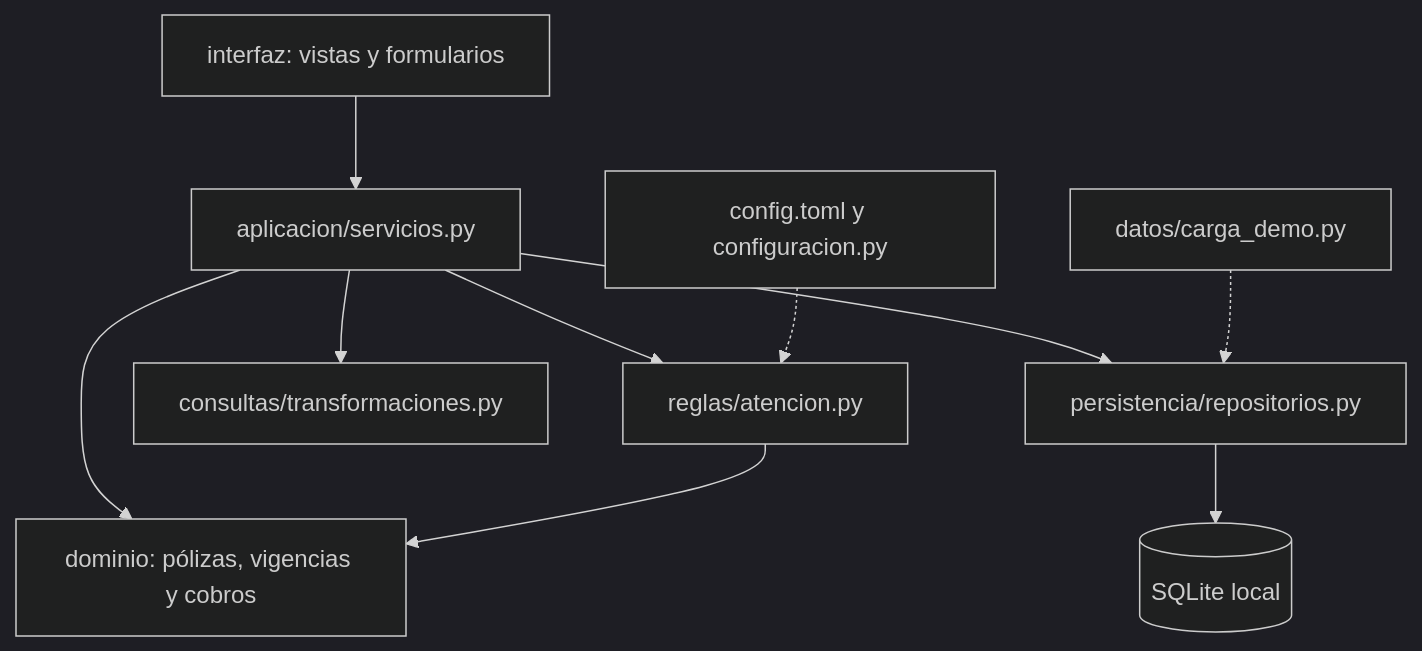
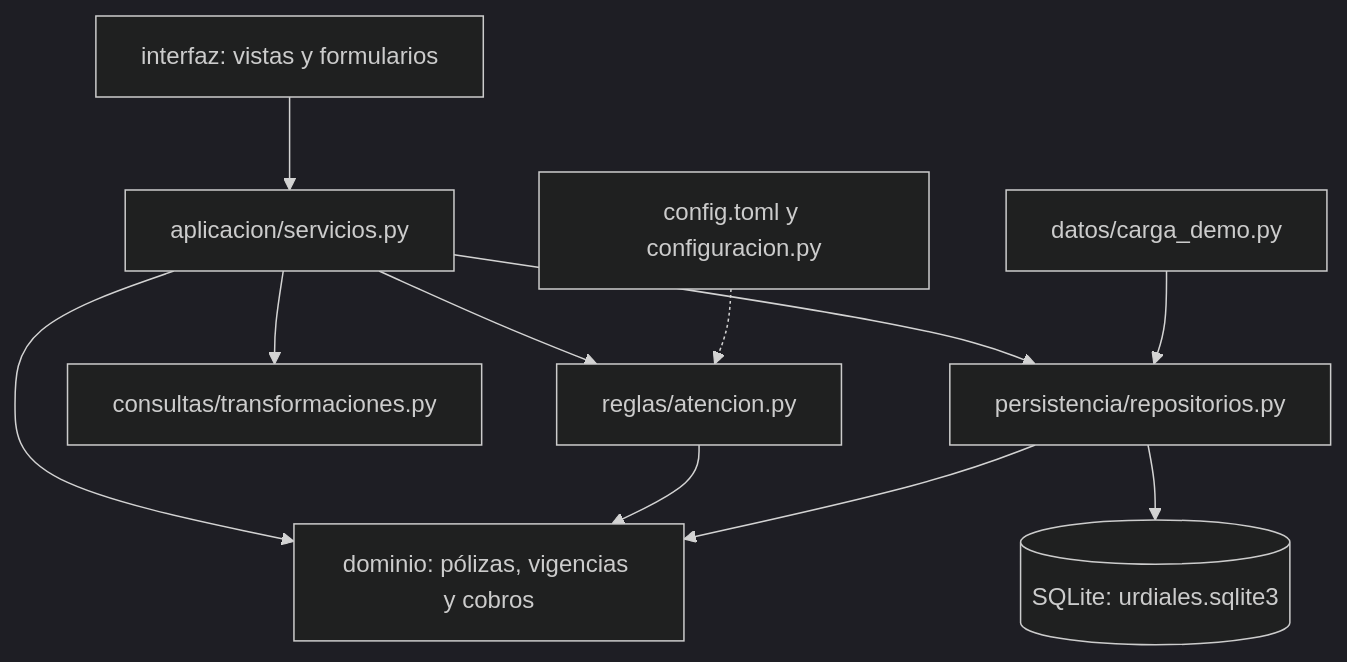
One commit to Nano277353/Proyecto-Poliza changed the diagram in README.md. Above: the diagram before and after it, drawn with Mermaid (dark theme). The commit also changed other lines of this file, not shown here.

````diff
--- a/README.md
+++ b/README.md
@@ -44,12 +120,13 @@
 ```mermaid
 flowchart TD
     UI["interfaz: vistas y formularios"] --> APP["aplicacion/servicios.py"]
     APP --> DOM["dominio: pólizas, vigencias y cobros"]
     APP --> REG["reglas/atencion.py"]
     APP --> CON["consultas/transformaciones.py"]
     APP --> REP["persistencia/repositorios.py"]
     TOML["config.toml y configuracion.py"] -.-> REG
     REG --> DOM
-    DEMO["datos/carga_demo.py"] -.-> REP
-    REP --> DB[(SQLite local)]
+    DEMO["datos/carga_demo.py"] --> REP
+    REP --> DOM
+    REP --> DB[(SQLite: urdiales.sqlite3)]
 ```
````
